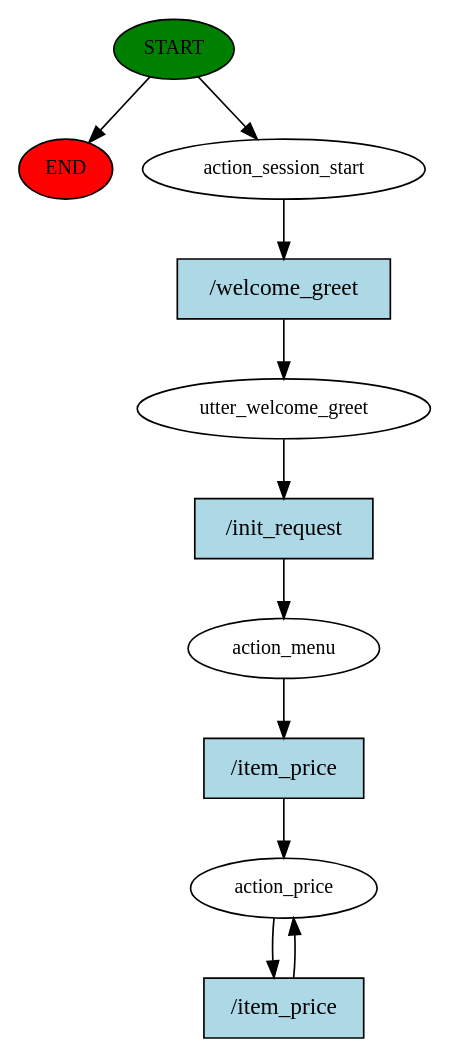
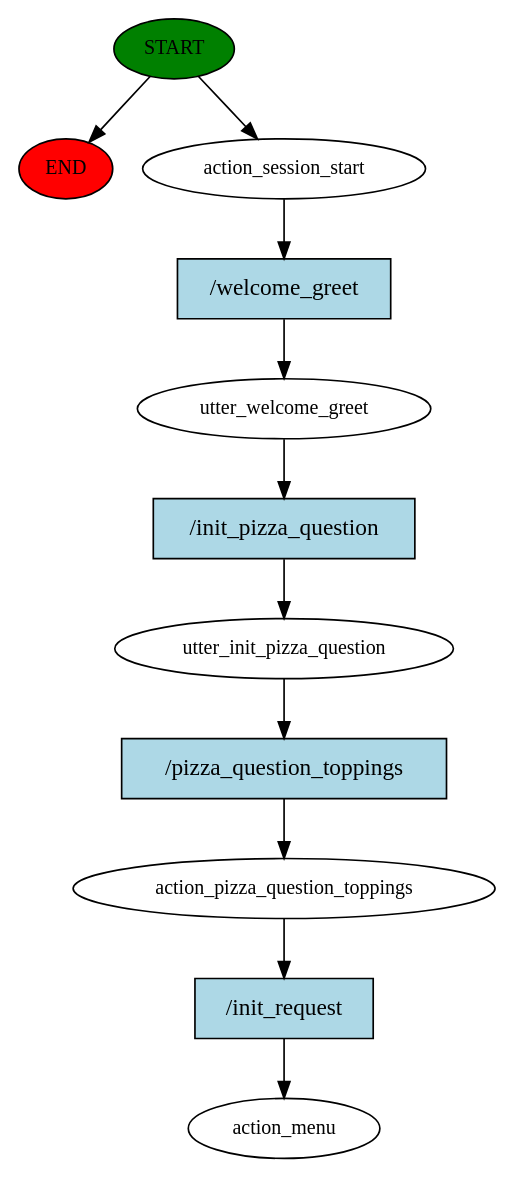
Before and after one commit to albertocasagrande99/TarantellaBot: the diagram in story_graph.dot, drawn with Graphviz. The commit also changed 6 other files, not shown here.

```diff
--- a/story_graph.dot
+++ b/story_graph.dot
@@ -1,22 +1,23 @@
 digraph  {
 0 [class="start active", fillcolor=green, fontsize=12, label=START, style=filled];
 "-1" [class=end, fillcolor=red, fontsize=12, label=END, style=filled];
 1 [class=active, fontsize=12, label=action_session_start];
 2 [class=active, fontsize=12, label=utter_welcome_greet];
-3 [class=active, fontsize=12, label=action_menu];
-4 [class="active dashed", fontsize=12, label=action_price];
+3 [class=active, fontsize=12, label=utter_init_pizza_question];
+4 [class=active, fontsize=12, label=action_pizza_question_toppings];
+5 [class="dashed active", fontsize=12, label=action_menu];
 6 [class="intent active", fillcolor=lightblue, label="/welcome_greet", shape=rect, style=filled];
-7 [class="intent active", fillcolor=lightblue, label="/init_request", shape=rect, style=filled];
-8 [class="intent active", fillcolor=lightblue, label="/item_price", shape=rect, style=filled];
-9 [class="intent active", fillcolor=lightblue, label="/item_price", shape=rect, style=filled];
+7 [class="intent active", fillcolor=lightblue, label="/init_pizza_question", shape=rect, style=filled];
+8 [class="intent active", fillcolor=lightblue, label="/pizza_question_toppings", shape=rect, style=filled];
+9 [class="intent active", fillcolor=lightblue, label="/init_request", shape=rect, style=filled];
 0 -> "-1"  [class="", key=NONE, label=""];
 0 -> 1  [class=active, key=NONE, label=""];
 1 -> 6  [class=active, key=0];
 2 -> 7  [class=active, key=0];
 3 -> 8  [class=active, key=0];
 4 -> 9  [class=active, key=0];
 6 -> 2  [class=active, key=0];
 7 -> 3  [class=active, key=0];
 8 -> 4  [class=active, key=0];
-9 -> 4  [class=active, key=0];
+9 -> 5  [class=active, key=0];
 }
```
